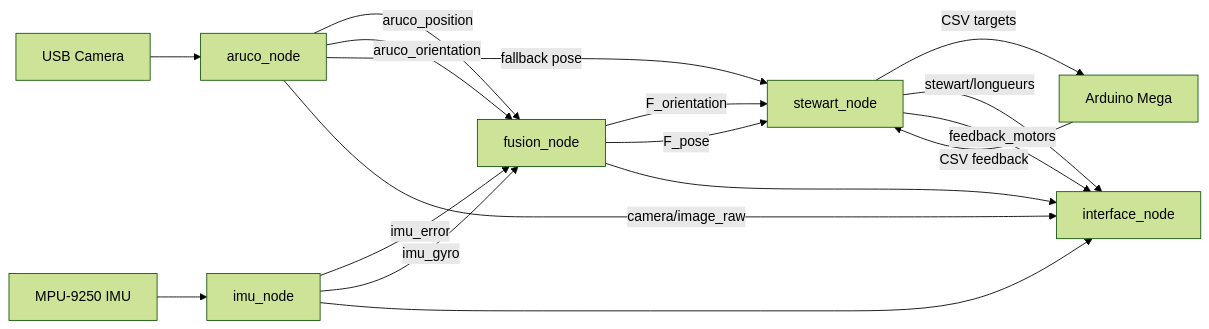
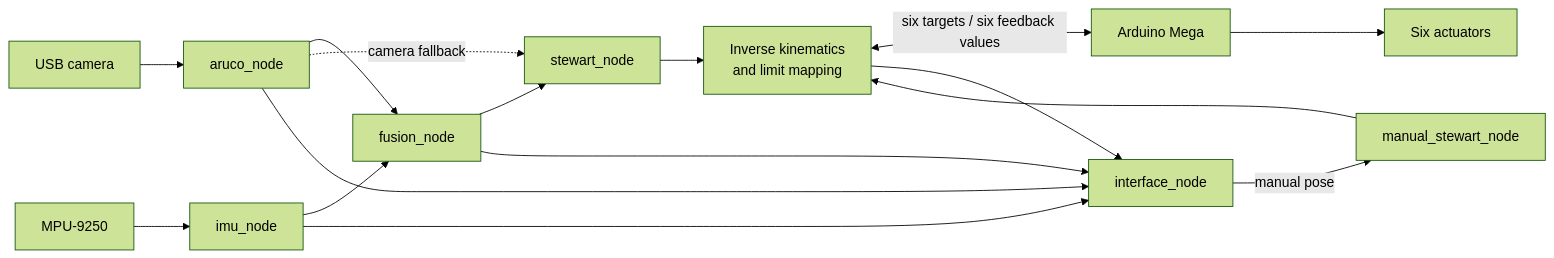
One commit to AliHassan-019/Autonomous-Coupling changed the diagram in README.md. Above: the diagram before and after it, drawn with Mermaid (forest theme). The commit also changed other lines of this file and 19 other files, not shown here.

````diff
--- a/README.md
+++ b/README.md
@@ -106,23 +62,18 @@
 ```mermaid
 flowchart LR
-    CAM["USB Camera"] --> ARUCO["aruco_node"]
-    IMU["MPU-9250 IMU"] --> IMUN["imu_node"]
-
-    ARUCO -->|aruco_position| FUSION["fusion_node"]
-    ARUCO -->|aruco_orientation| FUSION
-    IMUN -->|imu_error| FUSION
-    IMUN -->|imu_gyro| FUSION
-
-    FUSION -->|F_orientation| AUTO["stewart_node"]
-    FUSION -->|F_pose| AUTO
-    ARUCO -->|fallback pose| AUTO
-
-    AUTO -->|CSV targets| ARD["Arduino Mega"]
-    ARD -->|CSV feedback| AUTO
-    AUTO -->|stewart/longueurs| GUI["interface_node"]
-    AUTO -->|feedback_motors| GUI
-
-    ARUCO -->|camera/image_raw| GUI
-    IMUN --> GUI
-    FUSION --> GUI
+    Camera[USB camera] --> ArUco[aruco_node]
+    IMU[MPU-9250] --> IMUNode[imu_node]
+    ArUco --> Fusion[fusion_node]
+    IMUNode --> Fusion
+    Fusion --> Auto[stewart_node]
+    ArUco -. camera fallback .-> Auto
+    GUI[interface_node] -->|manual pose| Manual[manual_stewart_node]
+    Auto --> IK[Inverse kinematics<br/>and limit mapping]
+    Manual --> IK
+    IK <-->|six targets / six feedback values| Arduino[Arduino Mega]
+    Arduino --> Actuators[Six actuators]
+    ArUco --> GUI
+    IMUNode --> GUI
+    Fusion --> GUI
+    IK --> GUI
 ```
````
